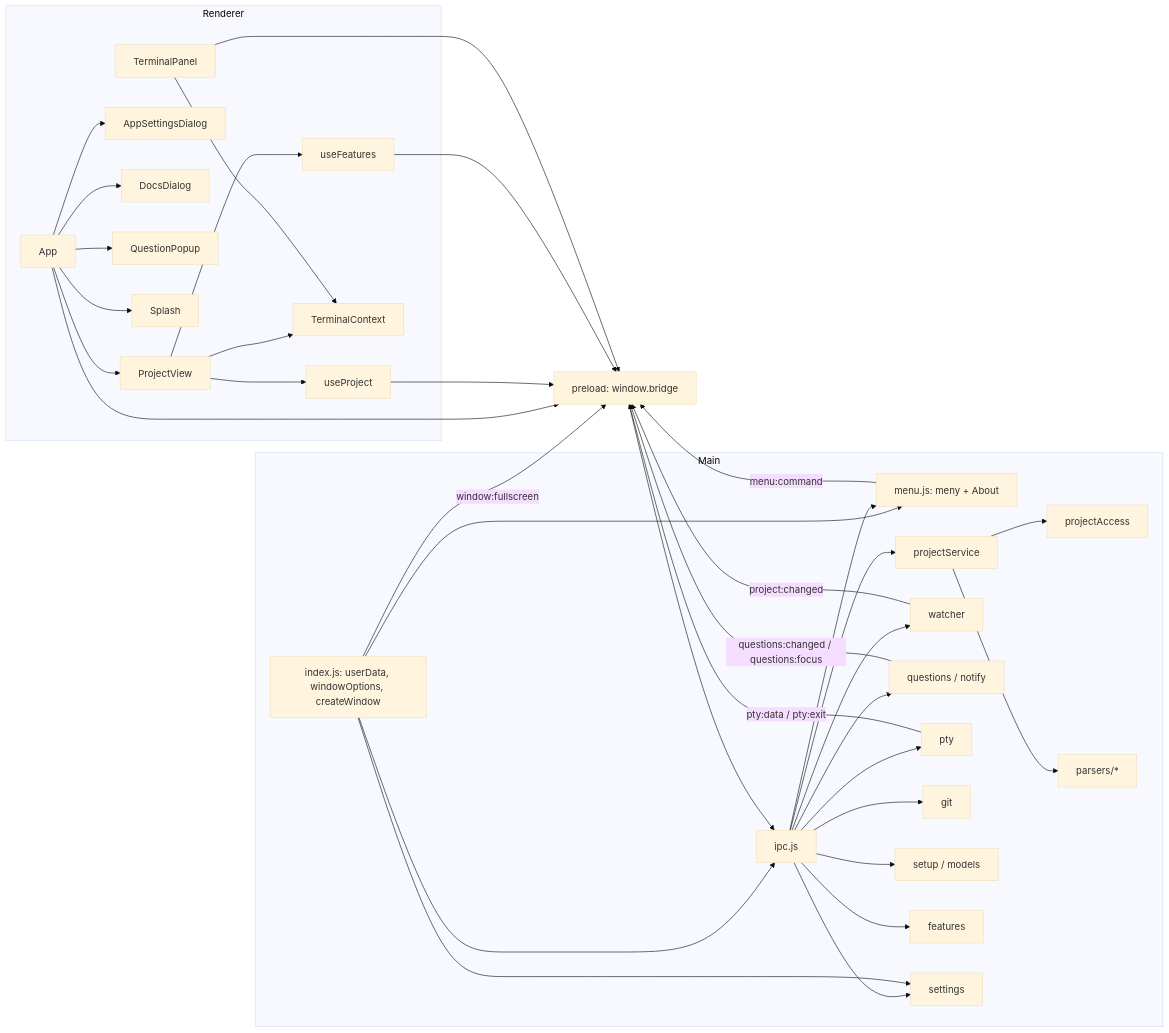
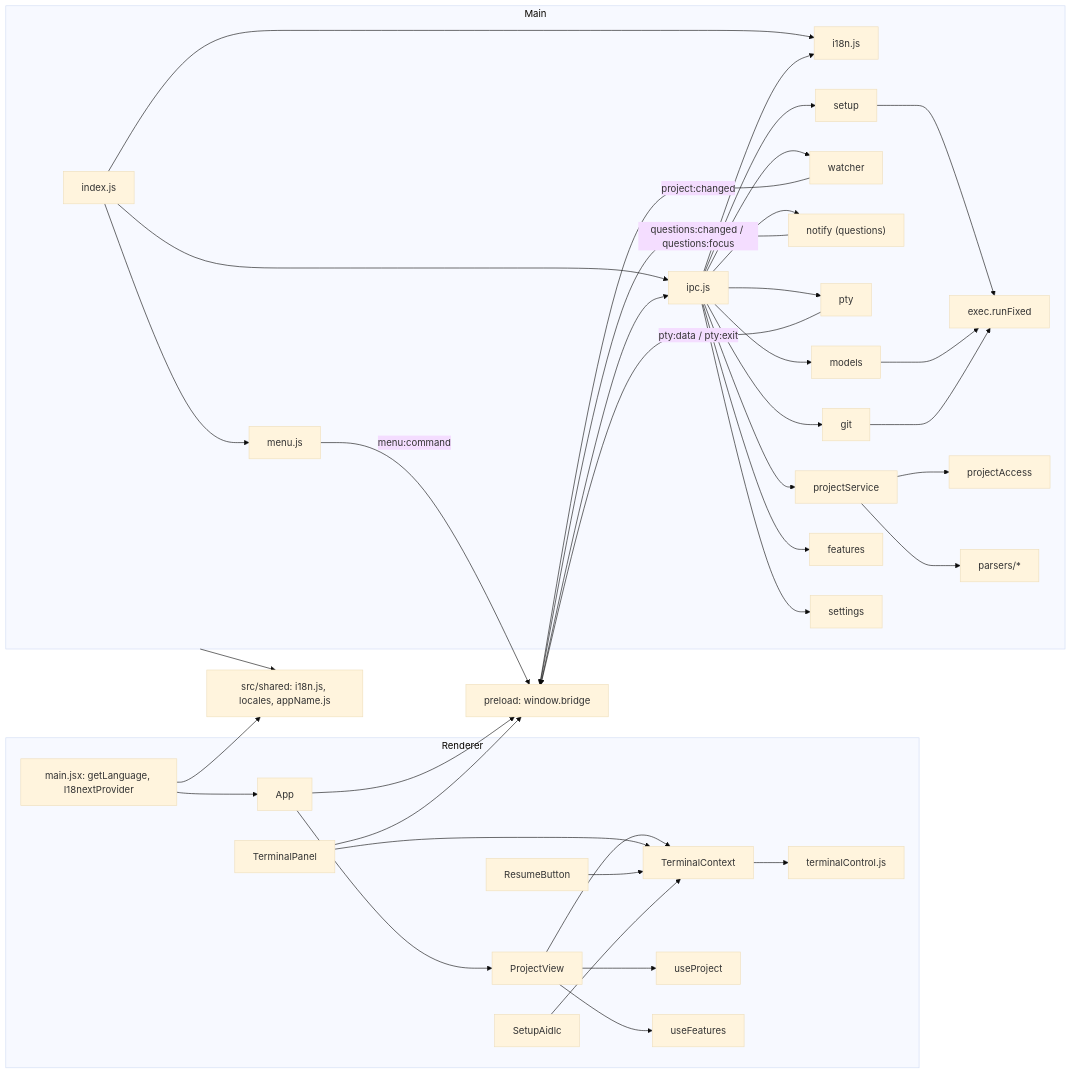
One commit to tochman/ai-dlc-thadeus changed the second of 8 diagrams in aidlc/spaces/default/codekb/aidlc-dash/architecture.md. Above: the diagram before and after it, drawn with Mermaid (base theme). The commit also changed other lines of this file and 35 other files, not shown here.

````diff
--- a/aidlc/spaces/default/codekb/aidlc-dash/architecture.md
+++ b/aidlc/spaces/default/codekb/aidlc-dash/architecture.md
@@ -49,41 +50,45 @@
 ```mermaid
 flowchart LR
   subgraph Renderer
+    Boot["main.jsx: getLanguage, I18nextProvider"] --> App
     App --> ProjectView
-    App --> AppSettingsDialog
-    App --> DocsDialog
-    App --> QuestionPopup
-    App --> Splash
+    ProjectView --> TerminalContext
+    TerminalPanel --> TerminalContext
+    TerminalContext --> TerminalControl["terminalControl.js"]
+    ResumeButton --> TerminalContext
+    SetupAidlc --> TerminalContext
     ProjectView --> useProject
     ProjectView --> useFeatures
-    ProjectView --> TerminalContext
-    TerminalPanel --> TerminalContext
   end
+  Shared["src/shared: i18n.js, locales, appName.js"]
+  Boot --> Shared
   Preload["preload: window.bridge"]
   subgraph MainProc["Main"]
-    Entry["index.js: userData, windowOptions, createWindow"] --> IPC["ipc.js"]
-    Entry --> Menu["menu.js: meny + About"]
-    IPC --> Menu
+    Entry["index.js"] --> IPC["ipc.js"]
+    Entry --> I18N["i18n.js"]
+    Entry --> Menu["menu.js"]
     IPC --> PS["projectService"]
     IPC --> W["watcher"]
-    IPC --> Q["questions / notify"]
+    IPC --> Q["notify (questions)"]
     IPC --> PTY["pty"]
     IPC --> G["git"]
-    IPC --> S["setup / models"]
+    IPC --> S["setup"]
+    IPC --> M["models"]
     IPC --> F["features"]
     IPC --> ST["settings"]
-    Entry --> ST
+    IPC --> I18N
+    S --> X["exec.runFixed"]
+    M --> X
+    G --> X
     PS --> PA["projectAccess"]
     PS --> P["parsers/*"]
   end
+  MainProc --> Shared
   App --> Preload
-  useProject --> Preload
-  useFeatures --> Preload
   TerminalPanel --> Preload
   Preload --> IPC
   W -- "project:changed" --> Preload
   Q -- "questions:changed / questions:focus" --> Preload
   PTY -- "pty:data / pty:exit" --> Preload
   Menu -- "menu:command" --> Preload
-  Entry -- "window:fullscreen" --> Preload
 ```
````
